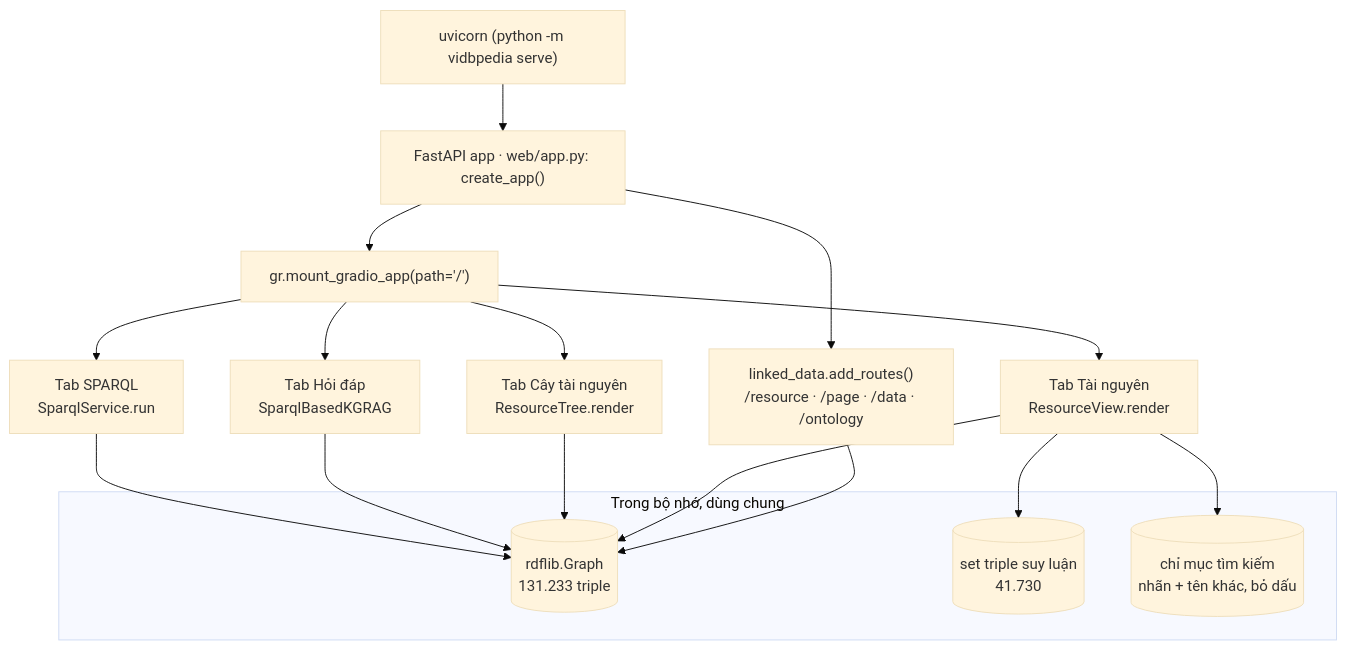
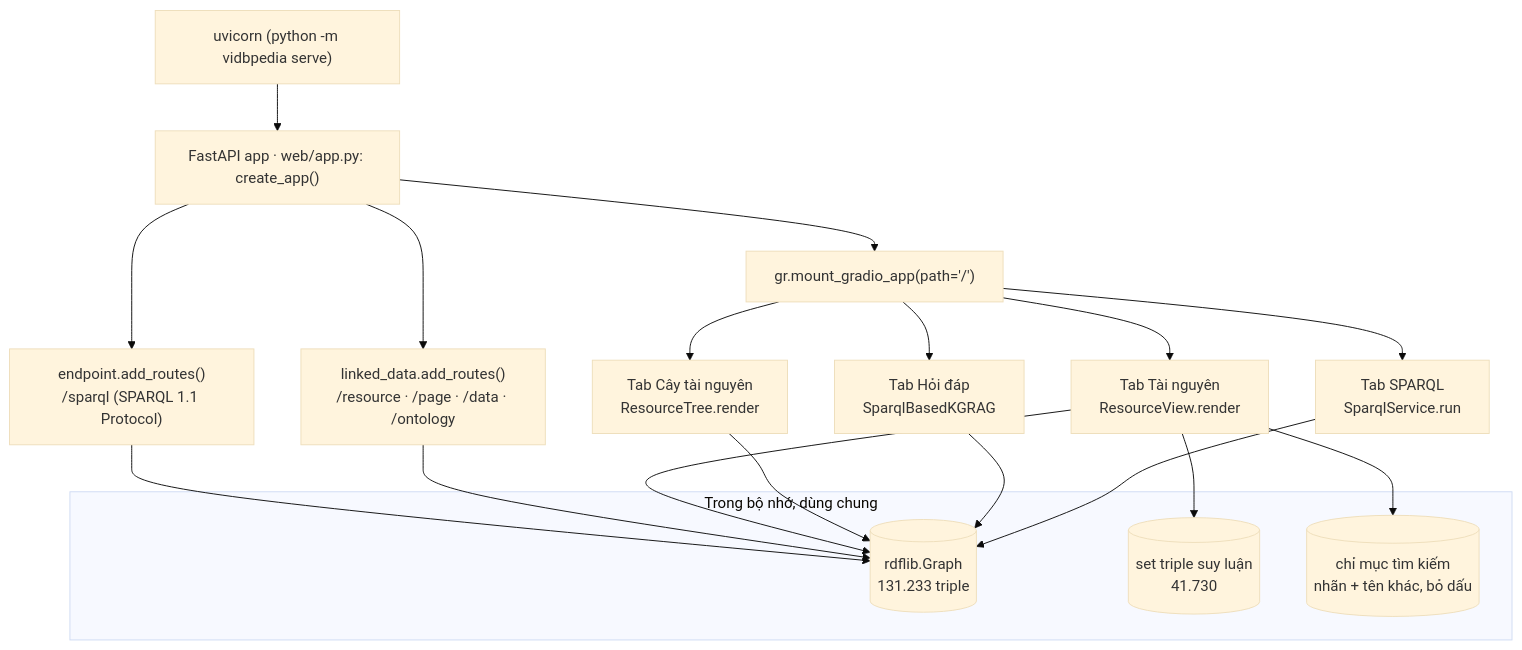
The ninth of 11 diagrams in ARCHITECTURE.md (DzungHD35/vietnamese-dbpedia), drawn with Mermaid (base theme) before and after one commit. The commit also changed other lines of this file and 7 other files, not shown here.

Commit message:
add sparql endpoint and query cli

````diff
--- a/ARCHITECTURE.md
+++ b/ARCHITECTURE.md
@@ -536,22 +538,24 @@
 ```mermaid
 flowchart TB
     U["uvicorn (python -m vidbpedia serve)"] --> APP["FastAPI app · web/app.py: create_app()"]
+    APP --> EP["endpoint.add_routes()<br/>/sparql (SPARQL 1.1 Protocol)"]
     APP --> LOD["linked_data.add_routes()<br/>/resource · /page · /data · /ontology"]
     APP --> GR["gr.mount_gradio_app(path='/')"]
     GR --> T2["Tab Cây tài nguyên<br/>ResourceTree.render"]
     GR --> T1["Tab Tài nguyên<br/>ResourceView.render"]
     GR --> T3["Tab Hỏi đáp<br/>SparqlBasedKGRAG"]
     GR --> T4["Tab SPARQL<br/>SparqlService.run"]
     subgraph MEMORY["Trong bộ nhớ, dùng chung"]
         G[("rdflib.Graph<br/>131.233 triple")]
         INF[("set triple suy luận<br/>41.730")]
         IDX[("chỉ mục tìm kiếm<br/>nhãn + tên khác, bỏ dấu")]
     end
+    EP --> G
     LOD --> G
     T1 --> G
     T1 --> INF
     T1 --> IDX
     T2 --> G
     T3 --> G
     T4 --> G
 ```
````
